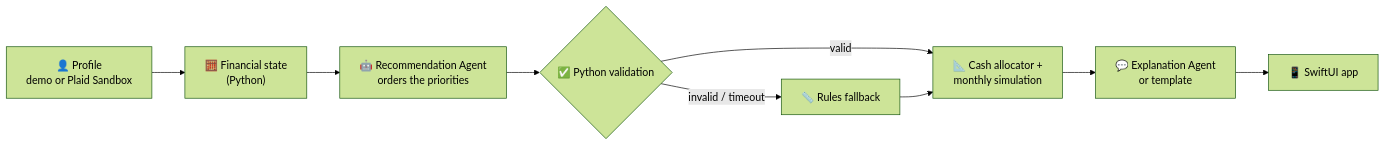
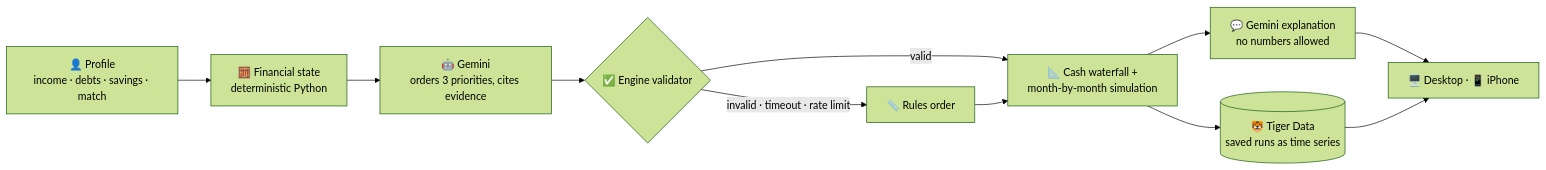
One commit to TheCoderrrrr/HackUMBC changed the first of 3 diagrams in README.md. Above: the diagram before and after it, drawn with Mermaid (forest theme). The commit also changed other lines of this file and 2 other files, not shown here.

First line of the commit message:
README: technical rewrite for judging (thesis, tracks, architecture, Gemini, Tiger Data)

````diff
--- a/README.md
+++ b/README.md
@@ -85,10 +31,12 @@
 ```mermaid
 flowchart LR
-    P["👤 Profile<br/>demo or Plaid Sandbox"] --> S["🧮 Financial state<br/>(Python)"]
-    S --> R["🤖 Recommendation Agent<br/>orders the priorities"]
-    R --> V{"✅ Python validation"}
-    V -- valid --> E["📐 Cash allocator +<br/>monthly simulation"]
-    V -- invalid / timeout --> F["📏 Rules fallback"] --> E
-    E --> X["💬 Explanation Agent<br/>or template"]
-    X --> A["📱 SwiftUI app"]
+    profile["👤 Profile<br/>income · debts · savings · match"] --> state["🧮 Financial state<br/>deterministic Python"]
+    state --> gemini["🤖 Gemini<br/>orders 3 priorities, cites evidence"]
+    gemini --> validate{"✅ Engine validator"}
+    validate -- "valid" --> engine["📐 Cash waterfall +<br/>month-by-month simulation"]
+    validate -- "invalid · timeout · rate limit" --> rules["📏 Rules order"] --> engine
+    engine --> explain["💬 Gemini explanation<br/>no numbers allowed"]
+    explain --> apps["🖥️ Desktop · 📱 iPhone"]
+    engine --> tiger[("🐯 Tiger Data<br/>saved runs as time series")]
+    tiger --> apps
 ```
````
